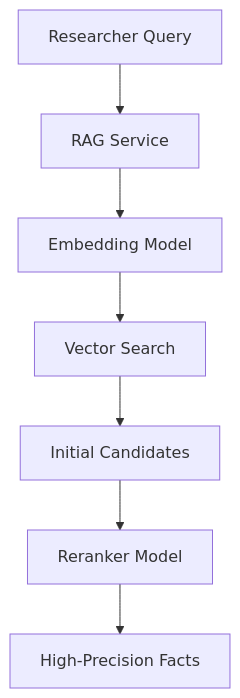
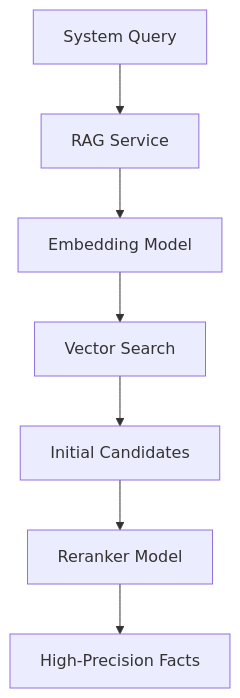
One commit to azzindani/Kea changed the diagram in shared/embedding/README.md. Above: the diagram before and after it, drawn with Mermaid. The commit also changed other lines of this file and 69 other files, not shown here.

Commit message:
feat: Initialize multi-service architecture with core components including API Gateway, Orchestrator, RAG, Vault, and shared utilities.

````diff
--- a/shared/embedding/README.md
+++ b/shared/embedding/README.md
@@ -16,10 +16,10 @@
 ```mermaid
 graph TD
-    Query[Researcher Query] --> RAG[RAG Service]
+    Query[System Query] --> RAG[RAG Service]
     RAG --> Embed[Embedding Model]
     Embed --> Vector[Vector Search]
     
     Vector --> TopK[Initial Candidates]
     TopK --> Rerank[Reranker Model]
     Rerank --> Final[High-Precision Facts]
 ```
````
